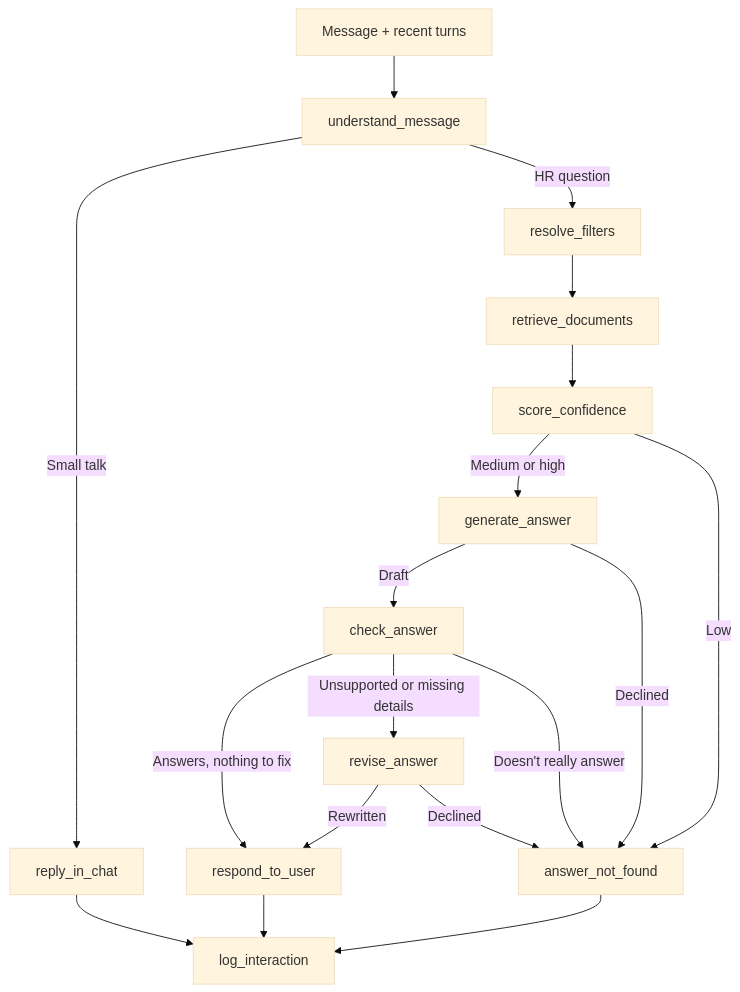
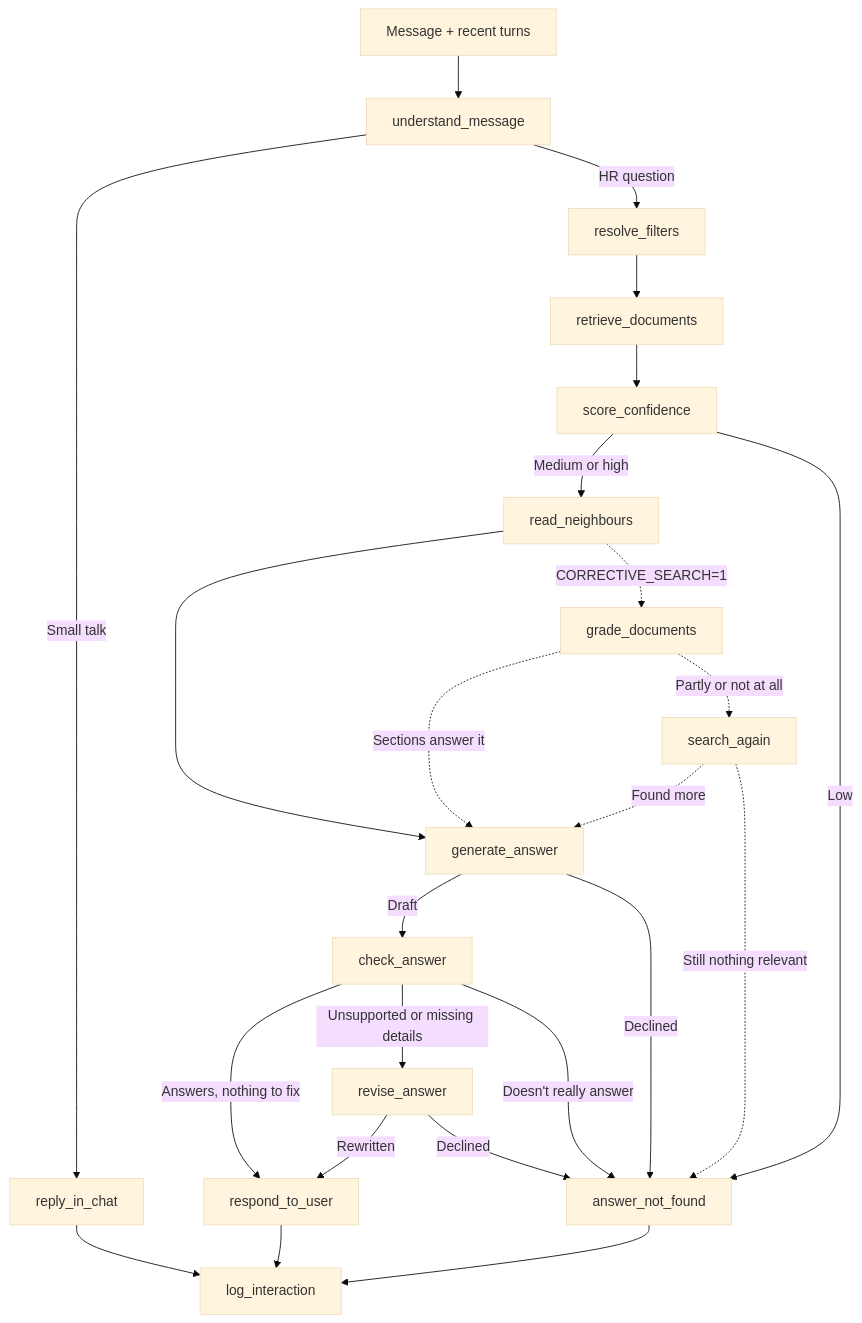
The second of 2 diagrams in README.md (ShishirRijal/hr-onboarding-agent), drawn with Mermaid (base theme) before and after one commit. The commit also changed other lines of this file and 20 other files, not shown here.

First line of the commit message:
feat: read found sections with their neighbours and add optional corrective search

````diff
--- a/README.md
+++ b/README.md
@@ -105,20 +105,26 @@
 ```mermaid
 flowchart TD
   Q[Message + recent turns] --> UM[understand_message]
   UM -->|Small talk| CH[reply_in_chat]
   UM -->|HR question| RF[resolve_filters]
   RF --> RD[retrieve_documents]
   RD --> SC[score_confidence]
-  SC -->|Medium or high| GA[generate_answer]
+  SC -->|Medium or high| RN[read_neighbours]
   SC -->|Low| NF[answer_not_found]
+  RN --> GA[generate_answer]
+  RN -.->|CORRECTIVE_SEARCH=1| GD[grade_documents]
+  GD -.->|Sections answer it| GA
+  GD -.->|Partly or not at all| SA[search_again]
+  SA -.->|Found more| GA
+  SA -.->|Still nothing relevant| NF
   GA -->|Draft| CA[check_answer]
   GA -->|Declined| NF
   CA -->|Answers, nothing to fix| RU[respond_to_user]
   CA -->|Unsupported or missing details| RA[revise_answer]
   CA -->|Doesn't really answer| NF
   RA -->|Rewritten| RU
   RA -->|Declined| NF
   CH --> LI[log_interaction]
   RU --> LI
   NF --> LI
 ```
````
